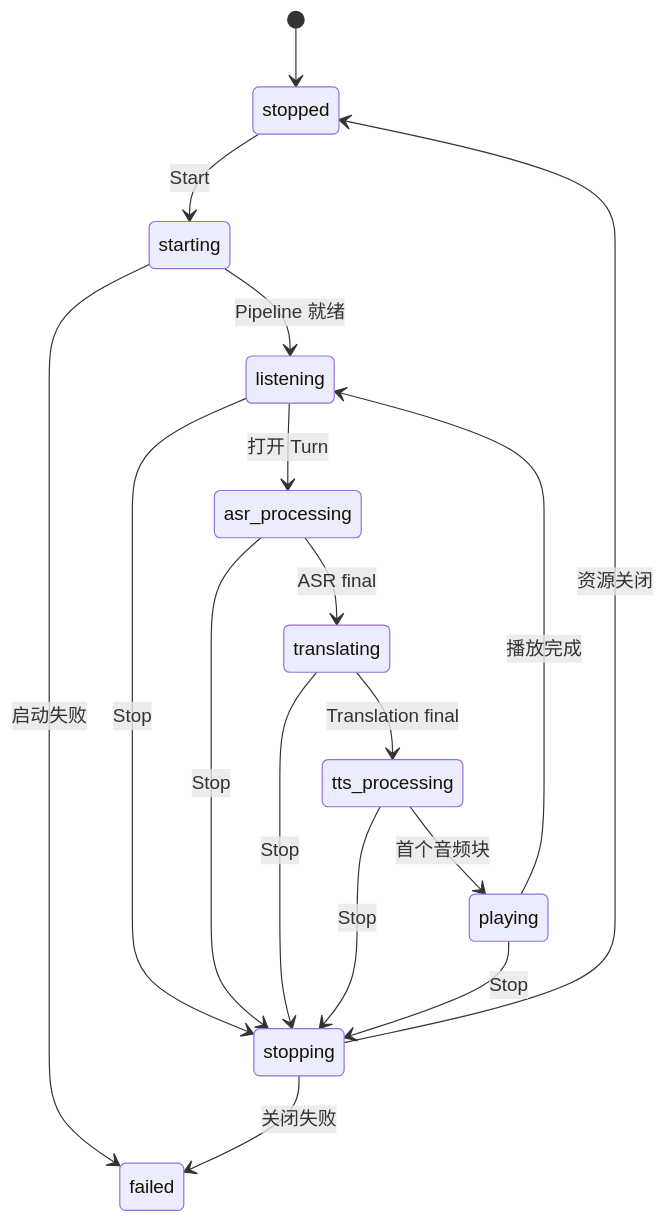
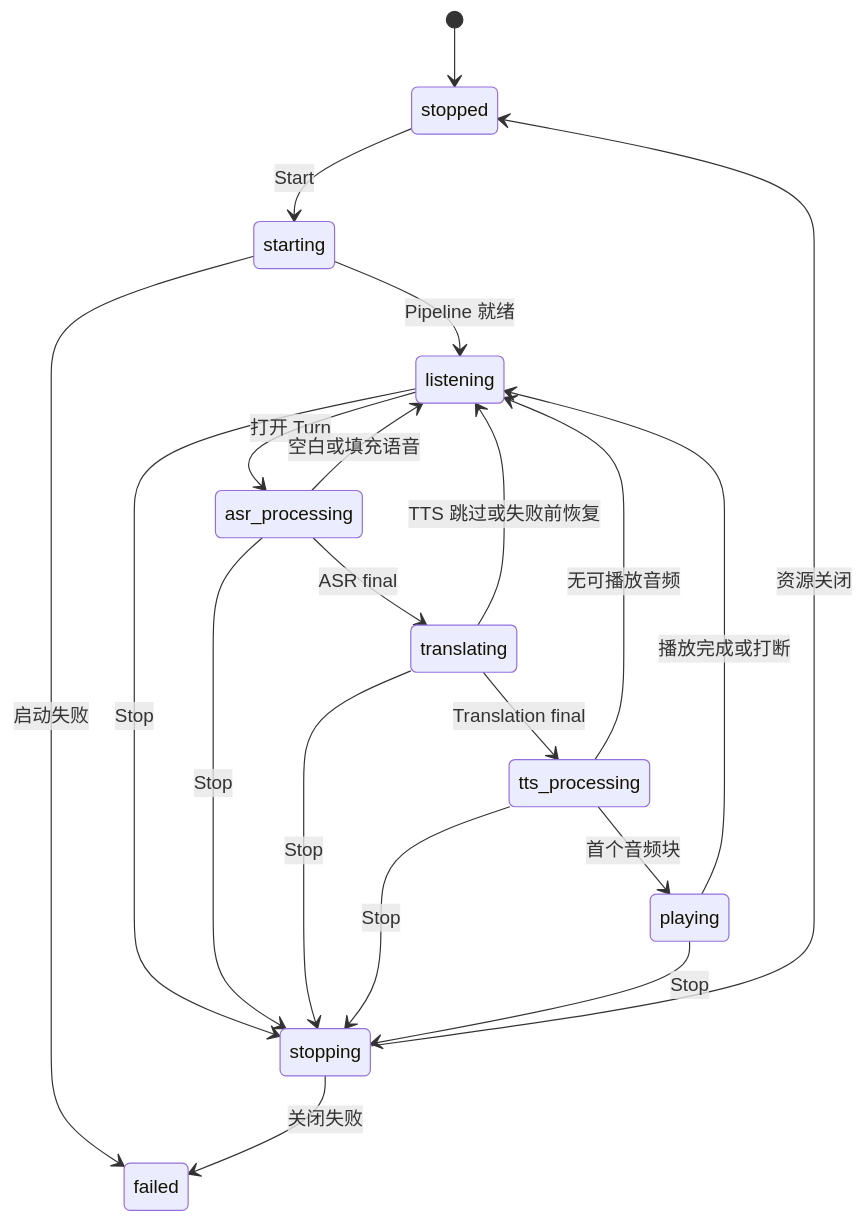
Before and after one commit to 1024XEngineer/xe6-tsy: the seventh of 15 diagrams in docs/LINGOW_DETAILED_MODULE_DESIGN.md, drawn with Mermaid. The commit also changed other lines of this file, not shown here.

````diff
--- a/docs/LINGOW_DETAILED_MODULE_DESIGN.md
+++ b/docs/LINGOW_DETAILED_MODULE_DESIGN.md
@@ -413,19 +538,22 @@
 ```mermaid
 stateDiagram-v2
     [*] --> stopped
     stopped --> starting: Start
     starting --> listening: Pipeline 就绪
     listening --> asr_processing: 打开 Turn
     asr_processing --> translating: ASR final
+    asr_processing --> listening: 空白或填充语音
     translating --> tts_processing: Translation final
+    translating --> listening: TTS 跳过或失败前恢复
     tts_processing --> playing: 首个音频块
-    playing --> listening: 播放完成
+    tts_processing --> listening: 无可播放音频
+    playing --> listening: 播放完成或打断
     listening --> stopping: Stop
     asr_processing --> stopping: Stop
     translating --> stopping: Stop
     tts_processing --> stopping: Stop
     playing --> stopping: Stop
     starting --> failed: 启动失败
     stopping --> stopped: 资源关闭
     stopping --> failed: 关闭失败
 ```
````
